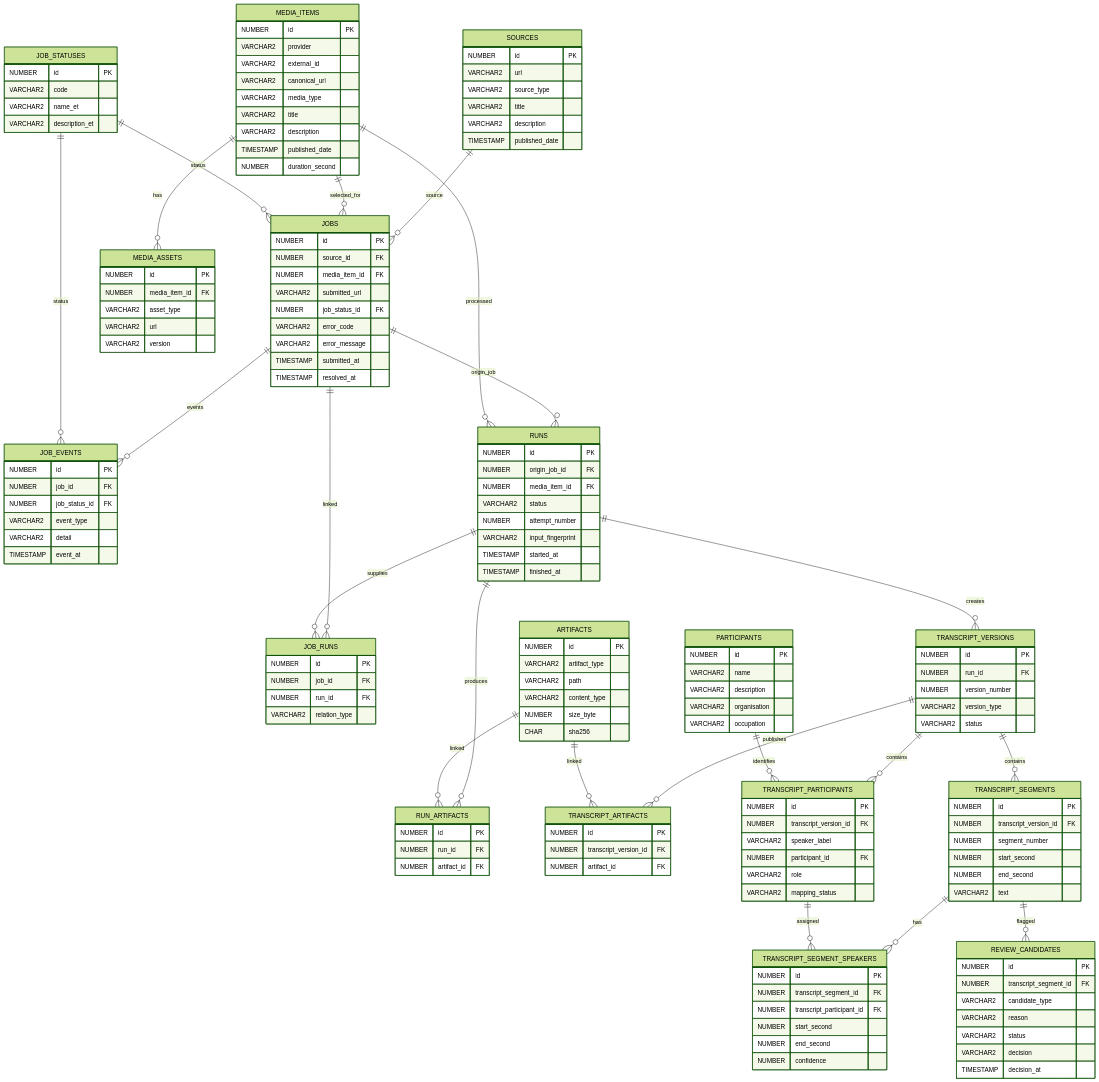
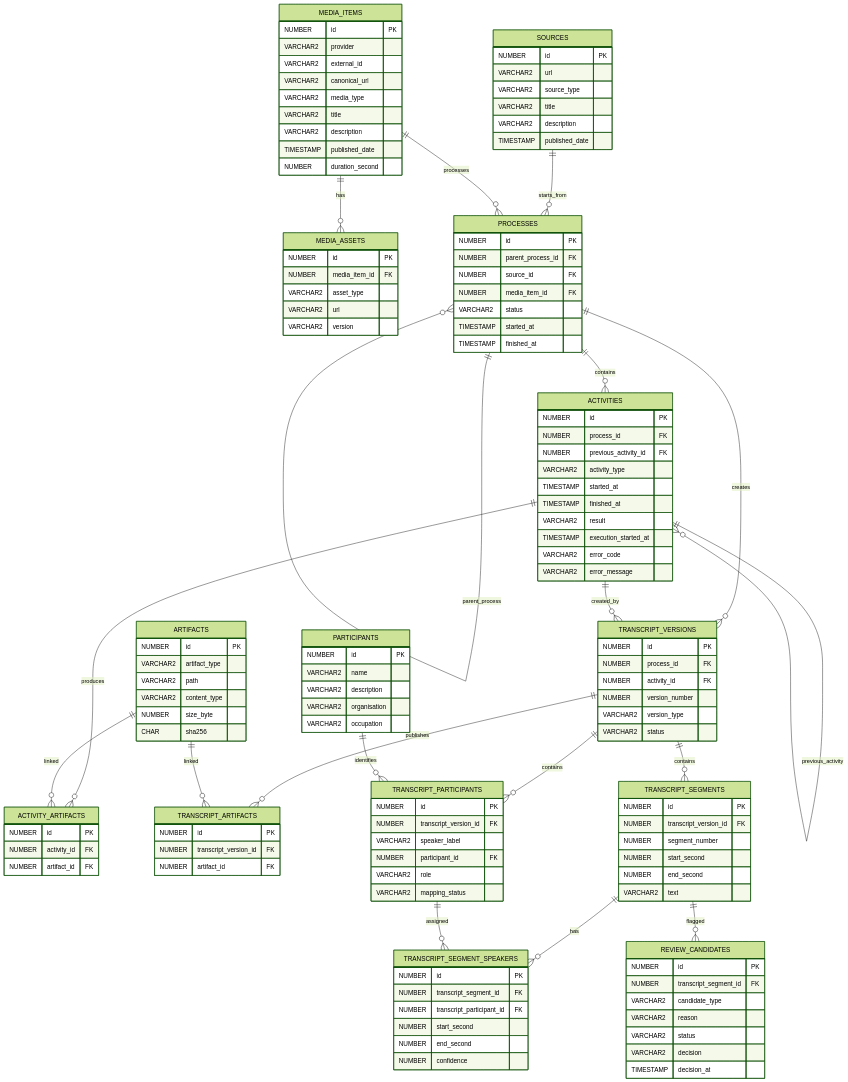
Before and after one commit to alarj/err_video_to_text: the diagram in db/erd.md, drawn with Mermaid (forest theme). The commit also changed other lines of this file and 11 other files, not shown here.

Commit message:
refactor: align process model and ERD

````diff
--- a/db/erd.md
+++ b/db/erd.md
@@ -3,18 +6,15 @@
 ```mermaid
 erDiagram
-    SOURCES ||--o{ JOBS : source
     MEDIA_ITEMS ||--o{ MEDIA_ASSETS : has
-    MEDIA_ITEMS ||--o{ JOBS : selected_for
-    JOB_STATUSES ||--o{ JOBS : status
-    JOBS ||--o{ JOB_EVENTS : events
-    JOB_STATUSES ||--o{ JOB_EVENTS : status
-    JOBS ||--o{ RUNS : origin_job
-    MEDIA_ITEMS ||--o{ RUNS : processed
-    JOBS ||--o{ JOB_RUNS : linked
-    RUNS ||--o{ JOB_RUNS : supplies
-    RUNS ||--o{ RUN_ARTIFACTS : produces
-    ARTIFACTS ||--o{ RUN_ARTIFACTS : linked
-    RUNS ||--o{ TRANSCRIPT_VERSIONS : creates
+    SOURCES ||--o{ PROCESSES : starts_from
+    MEDIA_ITEMS ||--o{ PROCESSES : processes
+    PROCESSES ||--o{ PROCESSES : parent_process
+    PROCESSES ||--o{ ACTIVITIES : contains
+    ACTIVITIES ||--o{ ACTIVITIES : previous_activity
+    ACTIVITIES ||--o{ ACTIVITY_ARTIFACTS : produces
+    ARTIFACTS ||--o{ ACTIVITY_ARTIFACTS : linked
+    PROCESSES ||--o{ TRANSCRIPT_VERSIONS : creates
+    ACTIVITIES ||--o{ TRANSCRIPT_VERSIONS : created_by
     TRANSCRIPT_VERSIONS ||--o{ TRANSCRIPT_ARTIFACTS : publishes
     ARTIFACTS ||--o{ TRANSCRIPT_ARTIFACTS : linked
     TRANSCRIPT_VERSIONS ||--o{ TRANSCRIPT_PARTICIPANTS : contains
@@ -50,6 +50,53 @@
         VARCHAR2 url
         VARCHAR2 version
     }
+    PROCESSES {
+        NUMBER id PK
+        NUMBER parent_process_id FK
+        NUMBER source_id FK
+        NUMBER media_item_id FK
+        VARCHAR2 status
+        TIMESTAMP started_at
+        TIMESTAMP finished_at
+    }
+    ACTIVITIES {
+        NUMBER id PK
+        NUMBER process_id FK
+        NUMBER previous_activity_id FK
+        VARCHAR2 activity_type
+        TIMESTAMP started_at
+        TIMESTAMP finished_at
+        VARCHAR2 result
+        TIMESTAMP execution_started_at
+        VARCHAR2 error_code
+        VARCHAR2 error_message
+    }
+    ARTIFACTS {
+        NUMBER id PK
+        VARCHAR2 artifact_type
+        VARCHAR2 path
+        VARCHAR2 content_type
+        NUMBER size_byte
+        CHAR sha256
+    }
+    ACTIVITY_ARTIFACTS {
+        NUMBER id PK
+        NUMBER activity_id FK
+        NUMBER artifact_id FK
+    }
+    TRANSCRIPT_VERSIONS {
+        NUMBER id PK
+        NUMBER process_id FK
+        NUMBER activity_id FK
+        NUMBER version_number
+        VARCHAR2 version_type
+        VARCHAR2 status
+    }
+    TRANSCRIPT_ARTIFACTS {
+        NUMBER id PK
+        NUMBER transcript_version_id FK
+        NUMBER artifact_id FK
+    }
     PARTICIPANTS {
         NUMBER id PK
         VARCHAR2 name
@@ -64,72 +111,6 @@
         NUMBER participant_id FK
         VARCHAR2 role
         VARCHAR2 mapping_status
-    }
-    JOB_STATUSES {
-        NUMBER id PK
-        VARCHAR2 code
-        VARCHAR2 name_et
-        VARCHAR2 description_et
-    }
-    JOBS {
-        NUMBER id PK
-        NUMBER source_id FK
-        NUMBER media_item_id FK
-        VARCHAR2 submitted_url
-        NUMBER job_status_id FK
-        VARCHAR2 error_code
-        VARCHAR2 error_message
-        TIMESTAMP submitted_at
-        TIMESTAMP resolved_at
-    }
-    JOB_EVENTS {
-        NUMBER id PK
-        NUMBER job_id FK
-        NUMBER job_status_id FK
-        VARCHAR2 event_type
-        VARCHAR2 detail
-        TIMESTAMP event_at
-    }
-    RUNS {
-        NUMBER id PK
-        NUMBER origin_job_id FK
-        NUMBER media_item_id FK
-        VARCHAR2 status
-        NUMBER attempt_number
-        VARCHAR2 input_fingerprint
-        TIMESTAMP started_at
-        TIMESTAMP finished_at
-    }
-    JOB_RUNS {
-        NUMBER id PK
-        NUMBER job_id FK
-        NUMBER run_id FK
-        VARCHAR2 relation_type
-    }
-    ARTIFACTS {
-        NUMBER id PK
-        VARCHAR2 artifact_type
-        VARCHAR2 path
-        VARCHAR2 content_type
-        NUMBER size_byte
-        CHAR sha256
-    }
-    RUN_ARTIFACTS {
-        NUMBER id PK
-        NUMBER run_id FK
-        NUMBER artifact_id FK
-    }
-    TRANSCRIPT_VERSIONS {
-        NUMBER id PK
-        NUMBER run_id FK
-        NUMBER version_number
-        VARCHAR2 version_type
-        VARCHAR2 status
-    }
-    TRANSCRIPT_ARTIFACTS {
-        NUMBER id PK
-        NUMBER transcript_version_id FK
-        NUMBER artifact_id FK
     }
     TRANSCRIPT_SEGMENTS {
         NUMBER id PK
````
